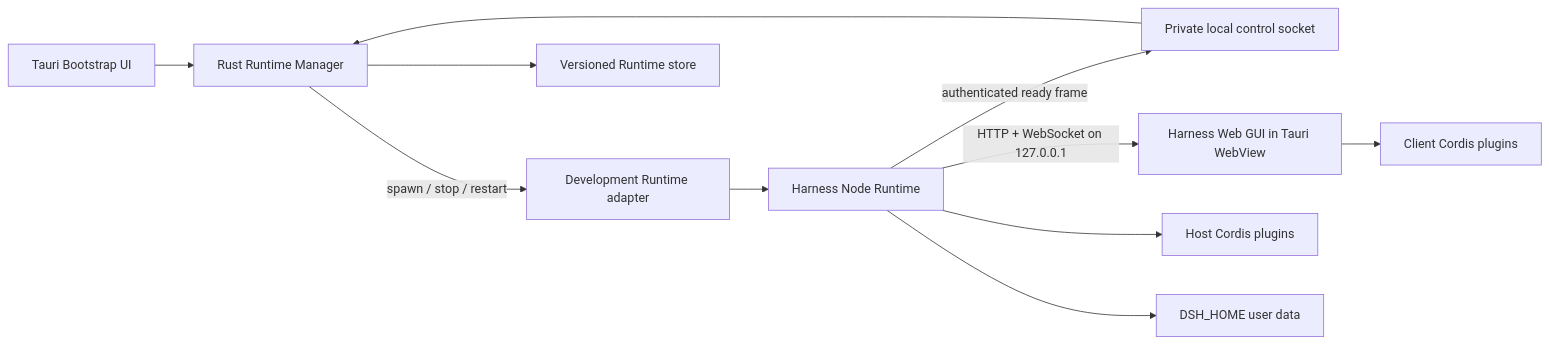
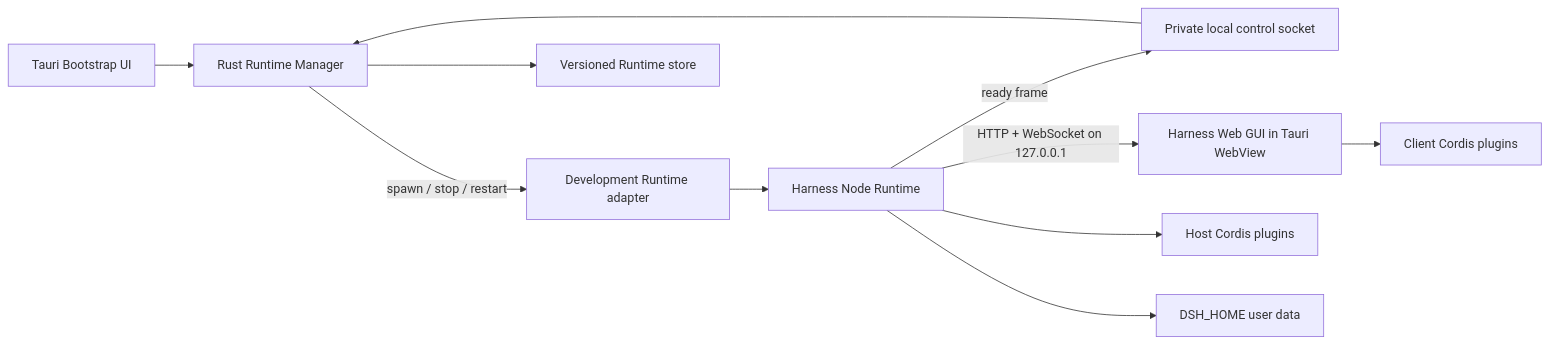
Before and after one commit to harndock/harndock: the first of 2 diagrams in docs/architecture.md, drawn with Mermaid. The commit also changed 19 other files, not shown here.

````diff
--- a/docs/architecture.md
+++ b/docs/architecture.md
@@ -19,13 +19,13 @@
 ```mermaid
 flowchart LR
   Bootstrap["Tauri Bootstrap UI"] --> Manager["Rust Runtime Manager"]
   Manager -->|"spawn / stop / restart"| Adapter["Development Runtime adapter"]
   Adapter --> Runtime["Harness Node Runtime"]
-  Runtime -->|"authenticated ready frame"| Control["Private local control socket"]
+  Runtime -->|"ready frame"| Control["Private local control socket"]
   Control --> Manager
   Runtime -->|"HTTP + WebSocket on 127.0.0.1"| WebView["Harness Web GUI in Tauri WebView"]
   Runtime --> HostPlugins["Host Cordis plugins"]
   WebView --> ClientPlugins["Client Cordis plugins"]
   Manager --> RuntimeStore["Versioned Runtime store"]
   Runtime --> UserData["DSH_HOME user data"]
 ```
````
